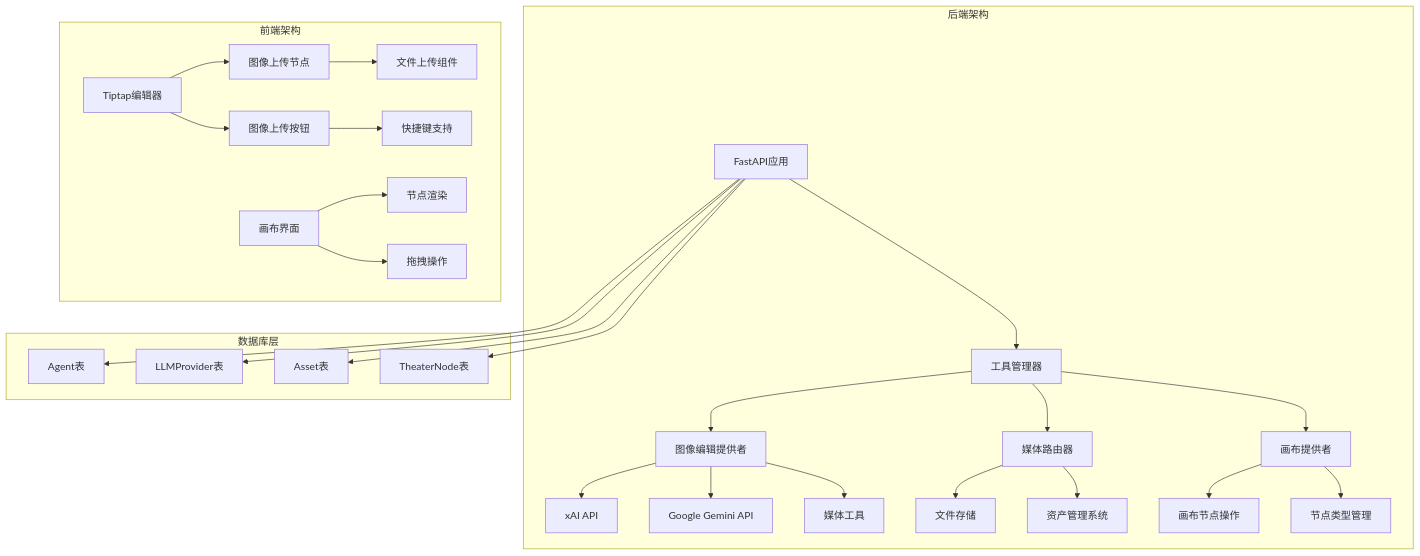
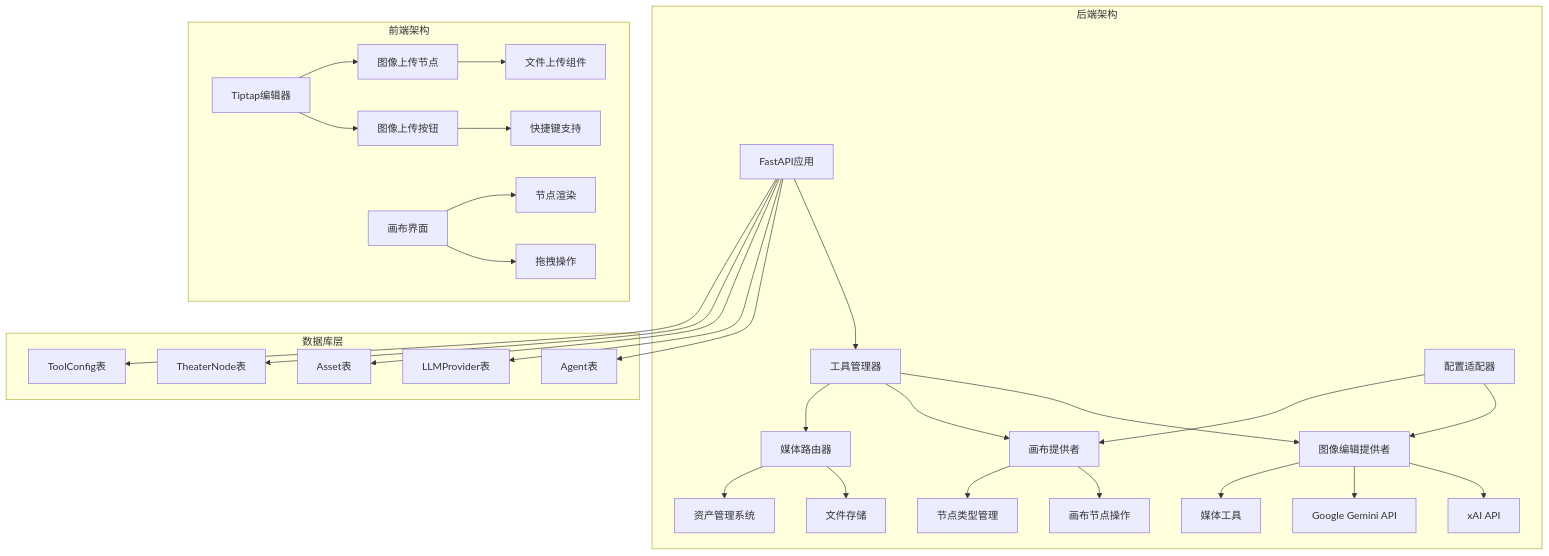
Before and after one commit to KunLabAI/KunFlix: the first of 9 diagrams in .qoder/repowiki/zh/content/后端服务架构/业务服务层/媒体生成服务/图像生成系统/图像编辑能力.md, drawn with Mermaid. The commit also changed other lines of this file and 10 other files, not shown here.

First line of the commit message:
feat(gemini): 新增Gemini Nano Banana图像生成功能及编辑支持

````diff
--- a/.qoder/repowiki/zh/content/后端服务架构/业务服务层/媒体生成服务/图像生成系统/图像编辑能力.md
+++ b/.qoder/repowiki/zh/content/后端服务架构/业务服务层/媒体生成服务/图像生成系统/图像编辑能力.md
@@ -45,34 +57,38 @@
 ```mermaid
 graph TB
 subgraph "后端架构"
 A[FastAPI应用] --> B[工具管理器]
 B --> C[图像编辑提供者]
 B --> D[画布提供者]
 B --> E[媒体路由器]
 C --> F[xAI API]
 C --> G[Google Gemini API]
 C --> H[媒体工具]
 E --> I[文件存储]
 E --> J[资产管理系统]
 D --> K[画布节点操作]
 D --> L[节点类型管理]
+M[配置适配器] --> C
+M --> D
 end
 subgraph "前端架构"
-M[Tiptap编辑器] --> N[图像上传节点]
-M --> O[图像上传按钮]
-N --> P[文件上传组件]
-O --> Q[快捷键支持]
-R[画布界面] --> S[节点渲染]
-R --> T[拖拽操作]
+N[Tiptap编辑器] --> O[图像上传节点]
+N --> P[图像上传按钮]
+O --> Q[文件上传组件]
+P --> R[快捷键支持]
+S[画布界面] --> T[节点渲染]
+S --> U[拖拽操作]
 end
 subgraph "数据库层"
-U[Agent表]
-V[LLMProvider表]
-W[Asset表]
-X[TheaterNode表]
+V[Agent表]
+W[LLMProvider表]
+X[Asset表]
+Y[TheaterNode表]
+Z[ToolConfig表]
 end
-A --> U
 A --> V
 A --> W
 A --> X
+A --> Y
+A --> Z
 ```
````
